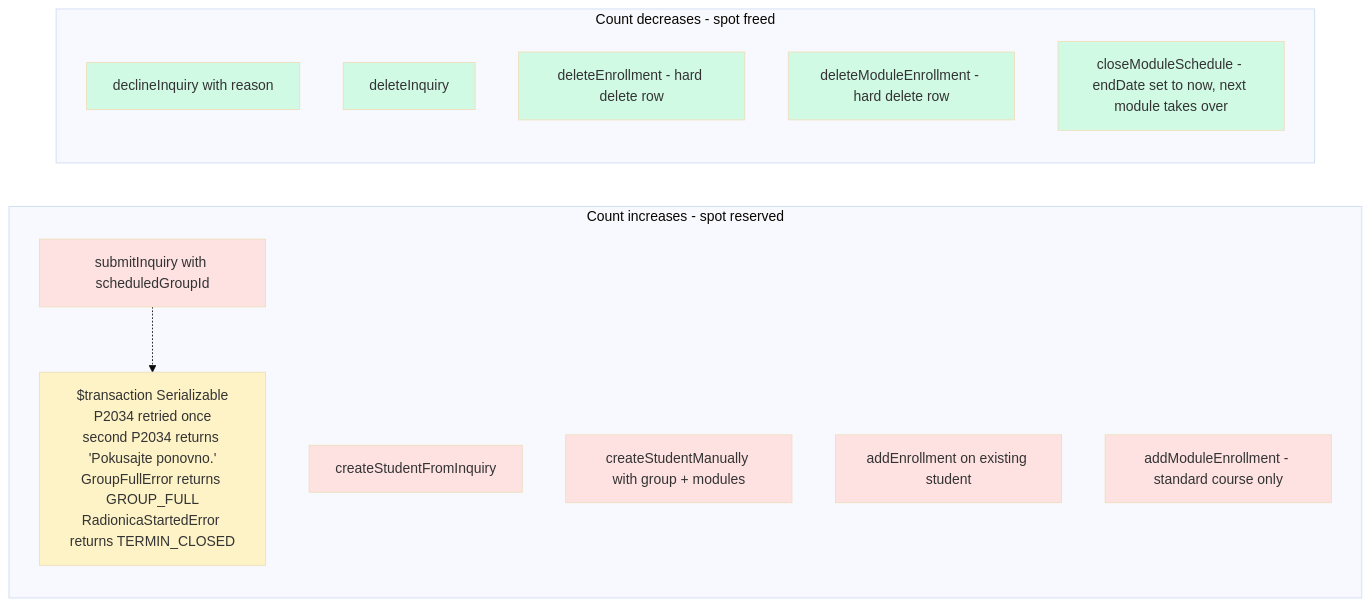
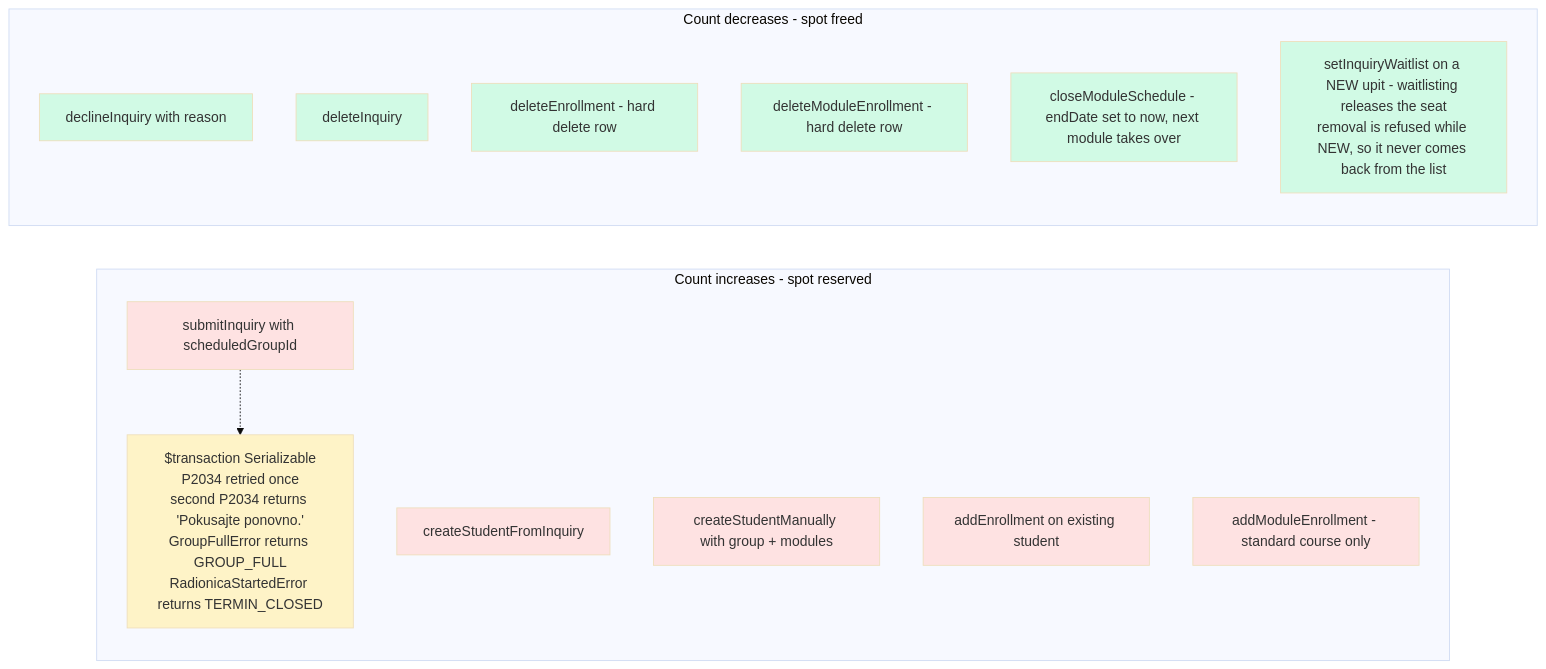
One commit to jpucic00/inovatic changed the fourth of 17 diagrams in docs/diagrams/enrollment-rules.md. Above: the diagram before and after it, drawn with Mermaid (base theme). The commit also changed other lines of this file and 19 other files, not shown here.

````diff
--- a/docs/diagrams/enrollment-rules.md
+++ b/docs/diagrams/enrollment-rules.md
@@ -158,32 +171,34 @@
 ```mermaid
 flowchart LR
     subgraph "Count increases - spot reserved"
         R1[submitInquiry with scheduledGroupId]
         R2[createStudentFromInquiry]
         R3[createStudentManually with group + modules]
         R4[addEnrollment on existing student]
         R5[addModuleEnrollment - standard course only]
         R1_TX["$transaction Serializable<br/>P2034 retried once<br/>second P2034 returns 'Pokusajte ponovno.'<br/>GroupFullError returns GROUP_FULL<br/>RadionicaStartedError returns TERMIN_CLOSED"]
         R1 -.-> R1_TX
     end
 
     subgraph "Count decreases - spot freed"
         F1[declineInquiry with reason]
         F2[deleteInquiry]
         F3[deleteEnrollment - hard delete row]
         F4[deleteModuleEnrollment - hard delete row]
         F5["closeModuleSchedule - endDate set to now, next module takes over"]
+        F6["setInquiryWaitlist on a NEW upit - waitlisting releases the seat<br/>removal is refused while NEW, so it never comes back from the list"]
     end
 
     style R1 fill:#fee2e2
     style R2 fill:#fee2e2
     style R3 fill:#fee2e2
     style R4 fill:#fee2e2
     style R5 fill:#fee2e2
     style R1_TX fill:#fef3c7
     style F1 fill:#d1fae5
     style F2 fill:#d1fae5
     style F3 fill:#d1fae5
     style F4 fill:#d1fae5
     style F5 fill:#d1fae5
+    style F6 fill:#d1fae5
 ```
````
